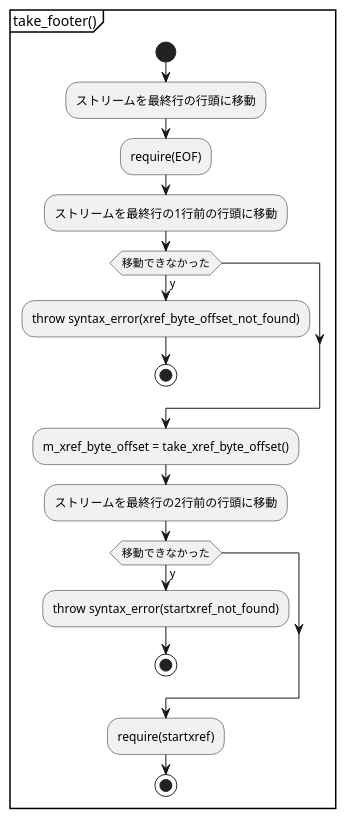
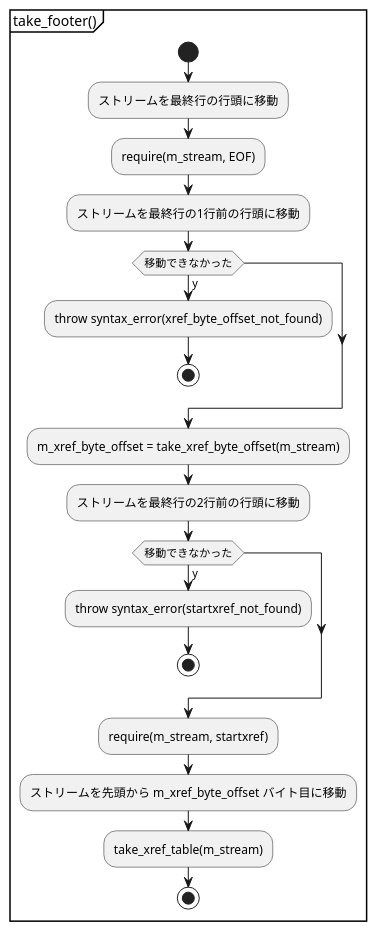
One commit to KodaiYM/PDFReader changed the second of 9 diagrams in document/parser.activity.pu. Above: the diagram before and after it, drawn with PlantUML. The commit also changed other lines of this file and 1 other file, not shown here.

Commit message:
クロスリファレンステーブルの解析部分の設計図を作成

```diff
--- a/document/parser.activity.pu
+++ b/document/parser.activity.pu
@@ -10,20 +10,23 @@
 @startuml take_footer
 partition "take_footer()" {
 start
 	:ストリームを最終行の行頭に移動;
-	:require(EOF);
+	:require(m_stream, EOF);
 	:ストリームを最終行の1行前の行頭に移動;
 	if (移動できなかった) then (y)
 		:throw syntax_error(xref_byte_offset_not_found);
 		stop
 	endif
-	:m_xref_byte_offset = take_xref_byte_offset();
+	:m_xref_byte_offset = take_xref_byte_offset(m_stream);
 	:ストリームを最終行の2行前の行頭に移動;
 	if (移動できなかった) then (y)
 		:throw syntax_error(startxref_not_found);
 		stop
 	endif
-	:require(startxref);
+	:require(m_stream, startxref);
+
+	:ストリームを先頭から m_xref_byte_offset バイト目に移動;
+	:take_xref_table(m_stream);
 stop
 }
 @enduml
```
